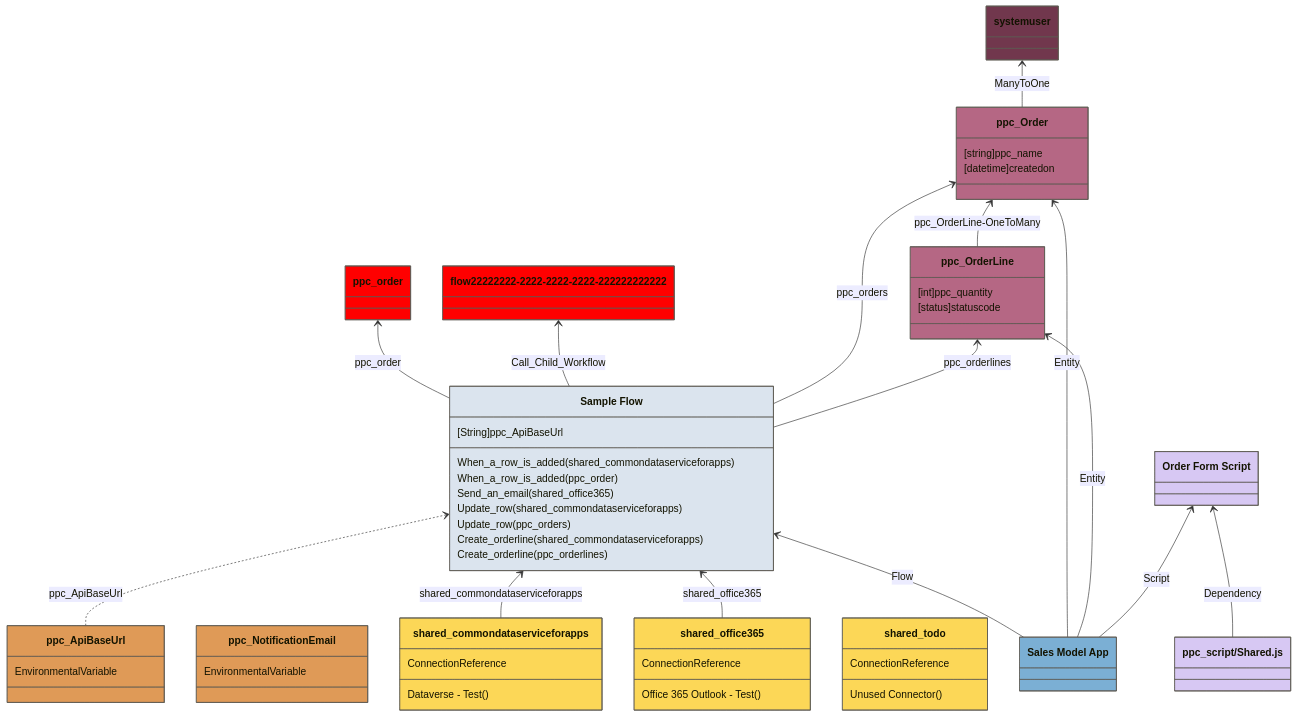
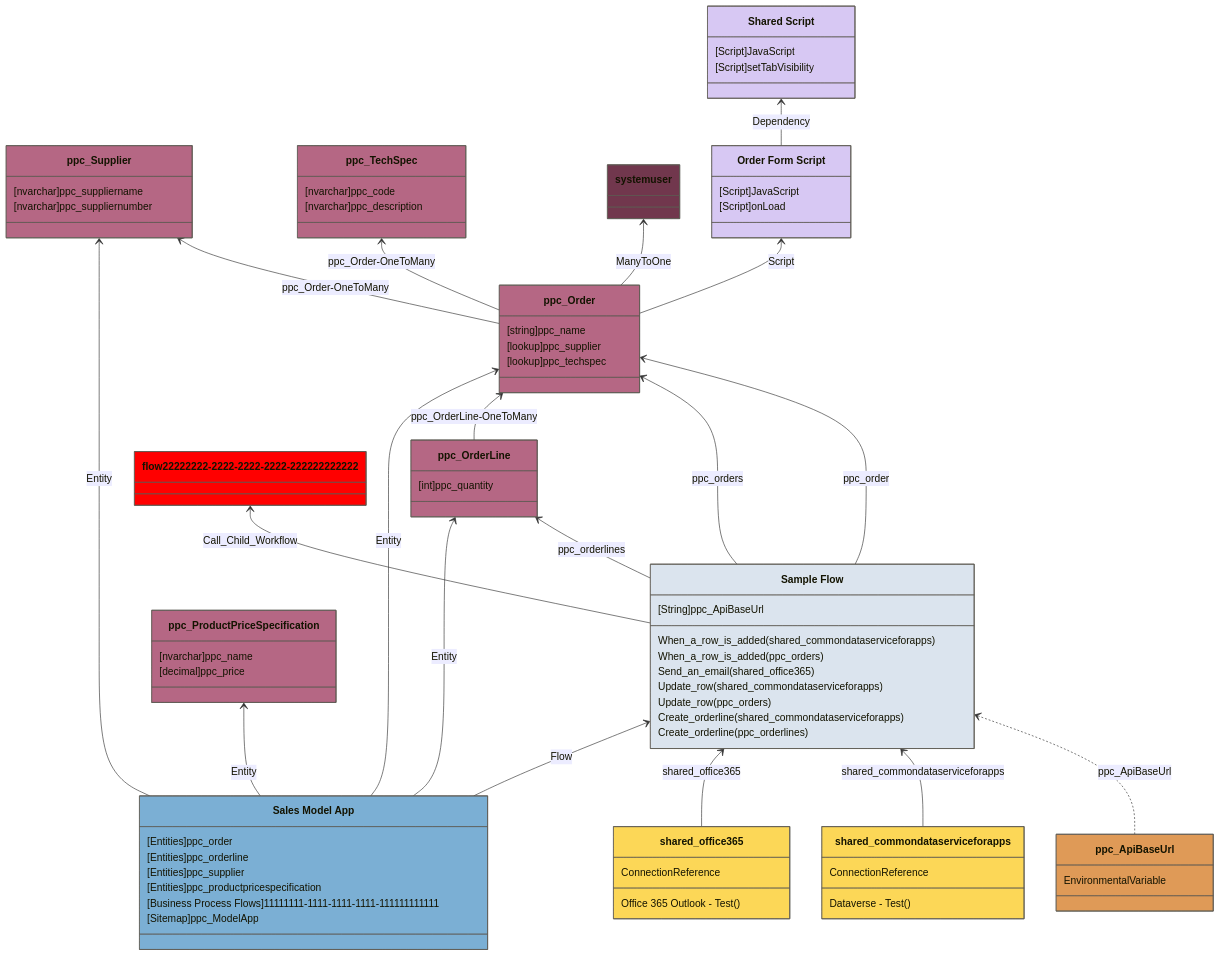
One commit to autosysops/PowerShell_PowerPlatformChecker changed the diagram in tests/fixtures/expected/ArchitectureDiagram.ModelDriven.BT.expected.md. Above: the diagram before and after it, drawn with Mermaid. The commit also changed 90 other files, not shown here.

Commit message:
Added better tests with more edge cases, added more information about web resources, made sure the dependencies are correctly done, refactored the architecture diagram it can now output in multiple formats.

```diff
--- a/tests/fixtures/expected/ArchitectureDiagram.ModelDriven.BT.expected.md
+++ b/tests/fixtures/expected/ArchitectureDiagram.ModelDriven.BT.expected.md
@@ -4,7 +4,7 @@
 class flow11111111-1111-1111-1111-111111111111["Sample Flow"]:::Flow {
     [String]ppc_ApiBaseUrl
     When_a_row_is_added(shared_commondataserviceforapps)
-    When_a_row_is_added(ppc_order)
+    When_a_row_is_added(ppc_orders)
     Send_an_email(shared_office365)
     Update_row(shared_commondataserviceforapps)
     Update_row(ppc_orders)
@@ -12,9 +12,6 @@
     Create_orderline(ppc_orderlines)
 }
 class ppc_ApiBaseUrl:::EnvVar {
-  EnvironmentalVariable
-}
-class ppc_NotificationEmail:::EnvVar {
   EnvironmentalVariable
 }
 class shared_commondataserviceforapps:::Connection {
@@ -25,36 +22,61 @@
   ConnectionReference
   Office 365 Outlook - Test()
 }
-class shared_todo:::Connection {
-  ConnectionReference
-  Unused Connector()
-}
 class ppc_orders["ppc_Order"]:::Entity {
     [string]ppc_name
-    [datetime]createdon
+    [lookup]ppc_supplier
+    [lookup]ppc_techspec
 }
 class ppc_orderlines["ppc_OrderLine"]:::Entity {
     [int]ppc_quantity
-    [status]statuscode
+}
+class ppc_productpricespecifications["ppc_ProductPriceSpecification"]:::Entity {
+    [nvarchar]ppc_name
+    [decimal]ppc_price
+}
+class ppc_suppliers["ppc_Supplier"]:::Entity {
+    [nvarchar]ppc_suppliername
+    [nvarchar]ppc_suppliernumber
+}
+class ppc_techspecs["ppc_TechSpec"]:::Entity {
+    [nvarchar]ppc_code
+    [nvarchar]ppc_description
 }
 class systemuser:::DefaultEntity
-class ppc_ModelApp["Sales Model App"]:::ModelDrivenApp
-class ppc_script_OrderForm_js["Order Form Script"]:::WebResource
-class ppc_script_Shared_js["ppc_script/Shared.js"]:::WebResource
+class ppc_ModelApp["Sales Model App"]:::ModelDrivenApp {
+  [Entities]ppc_order
+  [Entities]ppc_orderline
+  [Entities]ppc_supplier
+  [Entities]ppc_productpricespecification
+  [Business Process Flows]11111111-1111-1111-1111-111111111111
+  [Sitemap]ppc_ModelApp
+}
+class ppc_script_OrderForm_js["Order Form Script"]:::WebResource {
+  [Script]JavaScript
+  [Script]onLoad
+}
+class ppc_script_Shared_js["Shared Script"]:::WebResource {
+  [Script]JavaScript
+  [Script]setTabVisibility
+}
 ppc_ApiBaseUrl ..> flow11111111-1111-1111-1111-111111111111:ppc_ApiBaseUrl
 shared_commondataserviceforapps --> flow11111111-1111-1111-1111-111111111111:shared_commondataserviceforapps
-flow11111111-1111-1111-1111-111111111111 --> ppc_order:ppc_order
+flow11111111-1111-1111-1111-111111111111 --> ppc_orders:ppc_order
 flow11111111-1111-1111-1111-111111111111 --> flow22222222-2222-2222-2222-222222222222:Call_Child_Workflow
 shared_office365 --> flow11111111-1111-1111-1111-111111111111:shared_office365
 flow11111111-1111-1111-1111-111111111111 --> ppc_orders:ppc_orders
 flow11111111-1111-1111-1111-111111111111 --> ppc_orderlines:ppc_orderlines
+ppc_orders --> systemuser:ManyToOne
+ppc_orders --> ppc_suppliers:ppc_Order-OneToMany
+ppc_orders --> ppc_techspecs:ppc_Order-OneToMany
+ppc_orders --> ppc_script_OrderForm_js:Script
 ppc_orderlines --> ppc_orders:ppc_OrderLine-OneToMany
-ppc_orders --> systemuser:ManyToOne
 ppc_ModelApp --> flow11111111-1111-1111-1111-111111111111:Flow
 ppc_ModelApp --> ppc_orders:Entity
 ppc_ModelApp --> ppc_orderlines:Entity
-ppc_ModelApp --> ppc_script_OrderForm_js:Script
-ppc_script_Shared_js --> ppc_script_OrderForm_js:Dependency
+ppc_ModelApp --> ppc_productpricespecifications:Entity
+ppc_ModelApp --> ppc_suppliers:Entity
+ppc_script_OrderForm_js --> ppc_script_Shared_js:Dependency
 classDef default fill:red,stroke:#5E5B52
 classDef EnvVar fill:#DF9A57,stroke:#5E5B52
 classDef Connection fill:#FCD757,stroke:#5E5B52
```
